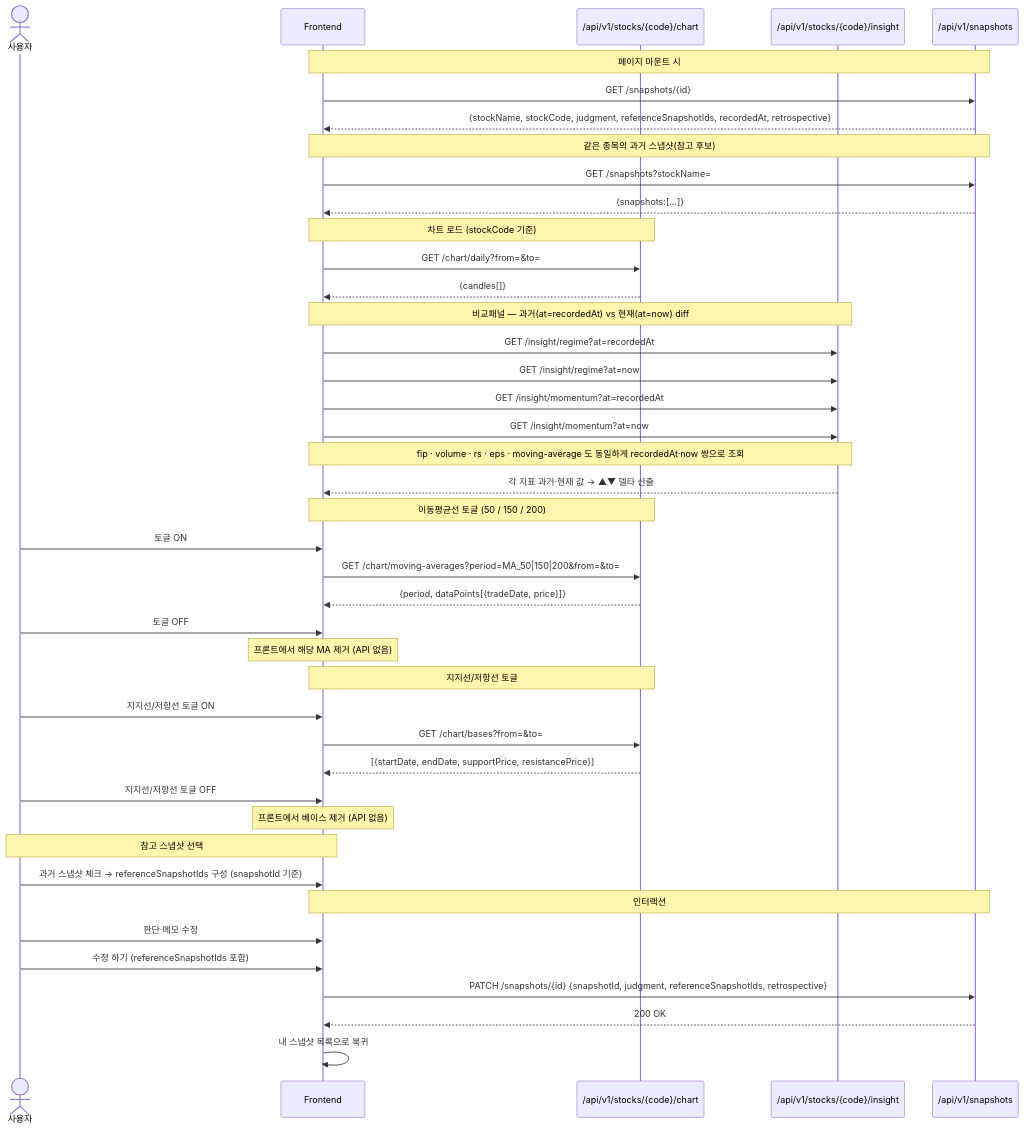
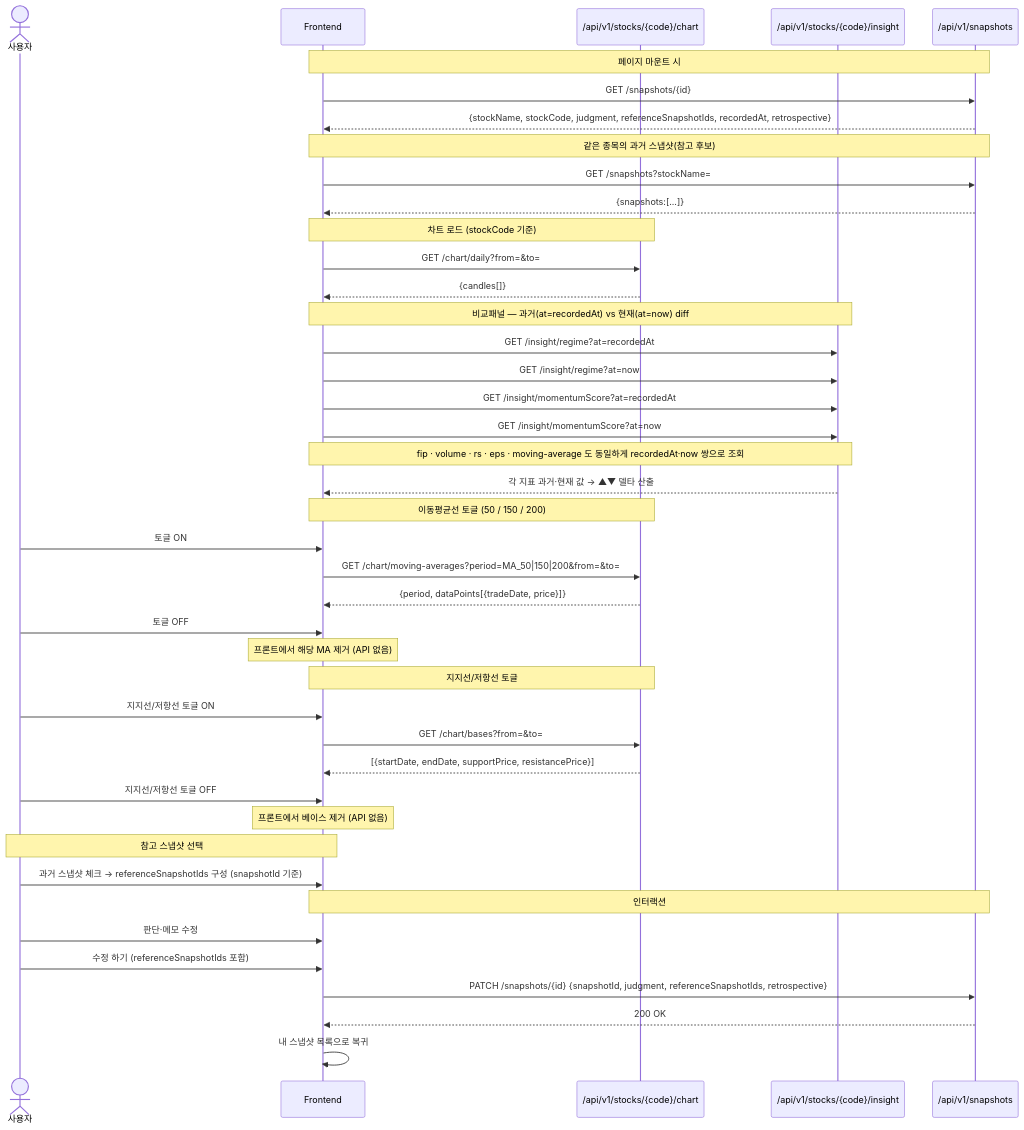
Before and after one commit to Burning-In/backend: the seventh of 7 diagrams in docs/시퀀스 다이어그램.md, drawn with Mermaid. The commit also changed other lines of this file and 17 other files, not shown here.

````diff
--- a/docs/시퀀스 다이어그램.md
+++ b/docs/시퀀스 다이어그램.md
@@ -326,52 +326,52 @@
 ```mermaid
 sequenceDiagram
     actor U as 사용자
     participant FE as Frontend
     participant CHART as /api/v1/stocks/{code}/chart
     participant INSIGHT as /api/v1/stocks/{code}/insight
     participant SNAP as /api/v1/snapshots
 
     Note over FE,SNAP: 페이지 마운트 시
     FE->>SNAP: GET /snapshots/{id}
     SNAP-->>FE: {stockName, stockCode, judgment, referenceSnapshotIds, recordedAt, retrospective}
 
     Note over FE,SNAP: 같은 종목의 과거 스냅샷(참고 후보)
     FE->>SNAP: GET /snapshots?stockName=
     SNAP-->>FE: {snapshots:[...]}
 
     Note over FE,CHART: 차트 로드 (stockCode 기준)
     FE->>CHART: GET /chart/daily?from=&to=
     CHART-->>FE: {candles[]}
 
     Note over FE,INSIGHT: 비교패널 — 과거(at=recordedAt) vs 현재(at=now) diff
     FE->>INSIGHT: GET /insight/regime?at=recordedAt
     FE->>INSIGHT: GET /insight/regime?at=now
-    FE->>INSIGHT: GET /insight/momentum?at=recordedAt
-    FE->>INSIGHT: GET /insight/momentum?at=now
+    FE->>INSIGHT: GET /insight/momentumScore?at=recordedAt
+    FE->>INSIGHT: GET /insight/momentumScore?at=now
     Note over FE,INSIGHT: fip · volume · rs · eps · moving-average 도 동일하게 recordedAt·now 쌍으로 조회
     INSIGHT-->>FE: 각 지표 과거·현재 값 → ▲▼ 델타 산출
 
     Note over FE,CHART: 이동평균선 토글 (50 / 150 / 200)
     U->>FE: 토글 ON
     FE->>CHART: GET /chart/moving-averages?period=MA_50|150|200&from=&to=
     CHART-->>FE: {period, dataPoints[{tradeDate, price}]}
     U->>FE: 토글 OFF
     Note over FE: 프론트에서 해당 MA 제거 (API 없음)
 
     Note over FE,CHART: 지지선/저항선 토글
     U->>FE: 지지선/저항선 토글 ON
     FE->>CHART: GET /chart/bases?from=&to=
     CHART-->>FE: [{startDate, endDate, supportPrice, resistancePrice}]
     U->>FE: 지지선/저항선 토글 OFF
     Note over FE: 프론트에서 베이스 제거 (API 없음)
 
     Note over U,FE: 참고 스냅샷 선택
     U->>FE: 과거 스냅샷 체크 → referenceSnapshotIds 구성 (snapshotId 기준)
 
     Note over FE,SNAP: 인터랙션
     U->>FE: 판단·메모 수정
     U->>FE: 수정 하기 (referenceSnapshotIds 포함)
     FE->>SNAP: PATCH /snapshots/{id} {snapshotId, judgment, referenceSnapshotIds, retrospective}
     SNAP-->>FE: 200 OK
     FE->>FE: 내 스냅샷 목록으로 복귀
 ```
````
